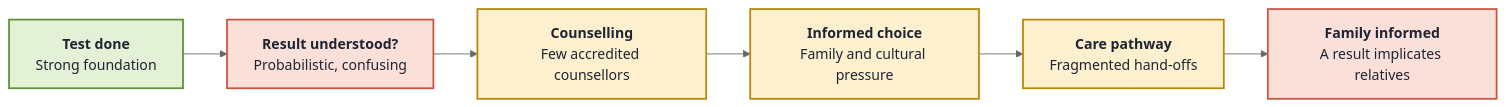
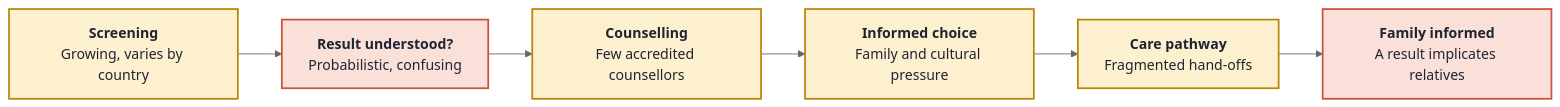
The first of 13 diagrams in README.md (YaduvanshiHimanshunfsu/Future-Health-Digital-Innovation-Challenge), drawn with Mermaid (neutral theme) before and after one commit. The commit also changed other lines of this file and 244 other files, not shown here.

````diff
--- a/README.md
+++ b/README.md
@@ -42,12 +48,12 @@
 ```mermaid
 flowchart LR
-    A["<b>Test done</b><br/>Strong foundation"]:::good --> B["<b>Result understood?</b><br/>Probabilistic, confusing"]:::bad
+    A["<b>Screening</b><br/>Growing, varies by country"]:::warn --> B["<b>Result understood?</b><br/>Probabilistic, confusing"]:::bad
     B --> C["<b>Counselling</b><br/>Few accredited counsellors"]:::warn
     C --> D["<b>Informed choice</b><br/>Family and cultural pressure"]:::warn
     D --> E["<b>Care pathway</b><br/>Fragmented hand-offs"]:::warn
     E --> F["<b>Family informed</b><br/>A result implicates relatives"]:::bad
 
     classDef good fill:#E3F1D6,stroke:#5E8F36,color:#1F2433,stroke-width:2px
     classDef warn fill:#FDF0CF,stroke:#B8860B,color:#1F2433,stroke-width:2px
     classDef bad fill:#FBE0DA,stroke:#C9543C,color:#1F2433,stroke-width:2px
 ```
````
